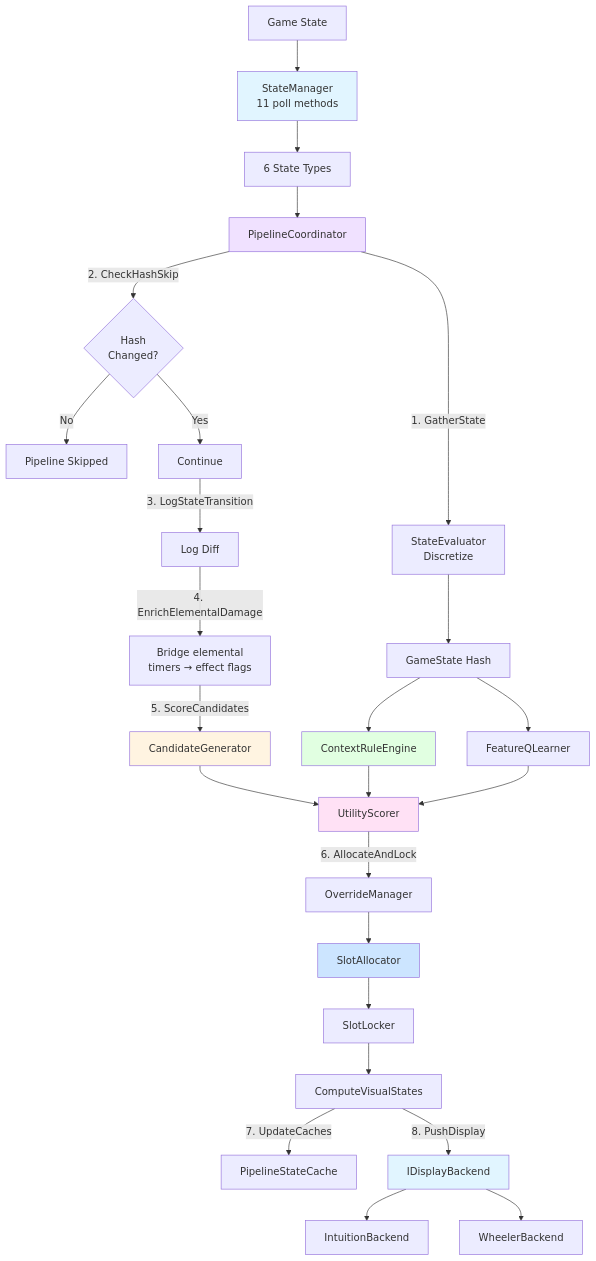
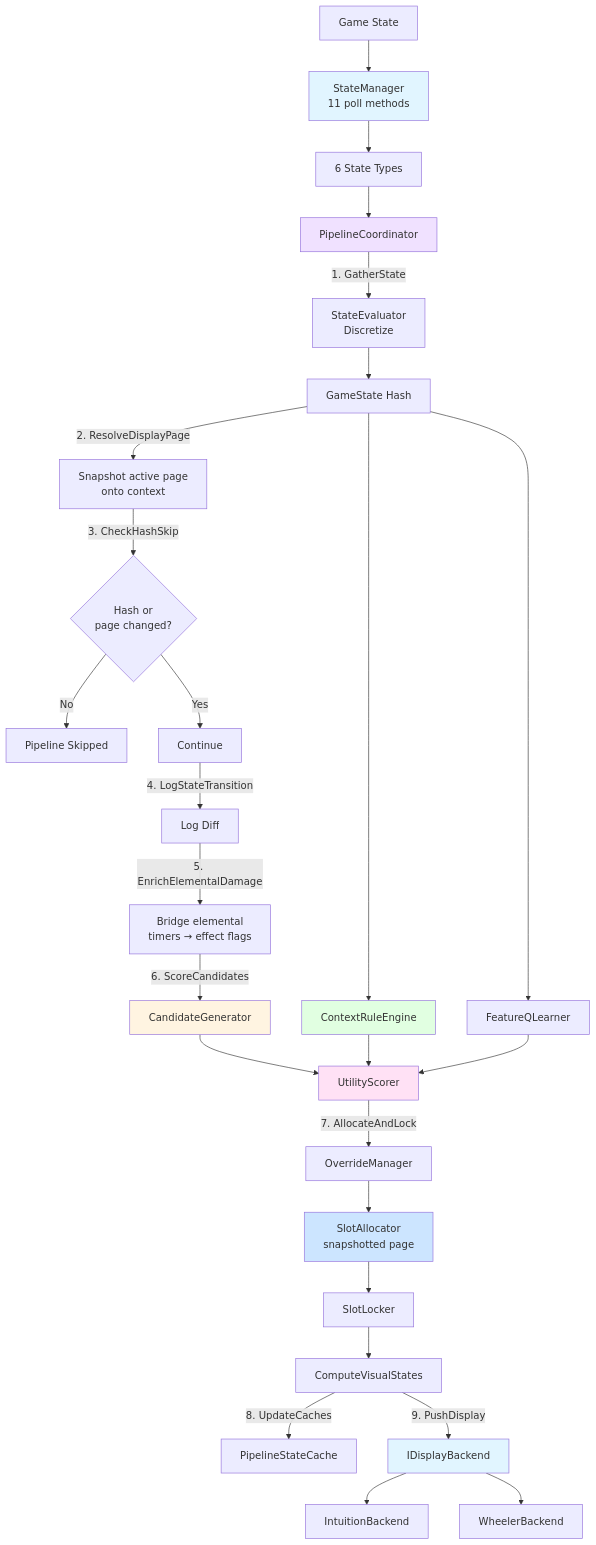
One commit to LandingCrew/huginn changed the tenth of 10 diagrams in docs/architecture/0-pipeline.md. Above: the diagram before and after it, drawn with Mermaid. The commit also changed other lines of this file and 3 other files, not shown here.

````diff
--- a/docs/architecture/0-pipeline.md
+++ b/docs/architecture/0-pipeline.md
@@ -693,41 +698,43 @@
 ```mermaid
 graph TB
     Start[Game State] --> SM[StateManager<br/>11 poll methods]
     SM --> Models[6 State Types]
     Models --> PC[PipelineCoordinator]
 
     PC -->|1. GatherState| SE[StateEvaluator<br/>Discretize]
     SE --> GS[GameState Hash]
 
-    PC -->|2. CheckHashSkip| Skip{Hash<br/>Changed?}
+    GS -->|2. ResolveDisplayPage| RDP[Snapshot active page<br/>onto context]
+
+    RDP -->|3. CheckHashSkip| Skip{Hash or<br/>page changed?}
     Skip -->|No| Done[Pipeline Skipped]
     Skip -->|Yes| Continue[Continue]
 
-    Continue -->|3. LogStateTransition| Log[Log Diff]
-    Log -->|4. EnrichElementalDamage| Enrich[Bridge elemental<br/>timers → effect flags]
+    Continue -->|4. LogStateTransition| Log[Log Diff]
+    Log -->|5. EnrichElementalDamage| Enrich[Bridge elemental<br/>timers → effect flags]
 
-    Enrich -->|5. ScoreCandidates| CG[CandidateGenerator]
+    Enrich -->|6. ScoreCandidates| CG[CandidateGenerator]
     CG --> US[UtilityScorer]
     GS --> CRE[ContextRuleEngine]
     CRE --> US
     GS --> QL[FeatureQLearner]
     QL --> US
 
-    US -->|6. AllocateAndLock| OvM[OverrideManager]
-    OvM --> SA[SlotAllocator]
+    US -->|7. AllocateAndLock| OvM[OverrideManager]
+    OvM --> SA[SlotAllocator<br/>snapshotted page]
     SA --> SL[SlotLocker]
     SL --> VS[ComputeVisualStates]
 
-    VS -->|7. UpdateCaches| PSC[PipelineStateCache]
-    VS -->|8. PushDisplay| Display[IDisplayBackend]
+    VS -->|8. UpdateCaches| PSC[PipelineStateCache]
+    VS -->|9. PushDisplay| Display[IDisplayBackend]
     Display --> IB[IntuitionBackend]
     Display --> WB[WheelerBackend]
 
     style SM fill:#e1f5ff
     style PC fill:#f0e1ff
     style CG fill:#fff4e1
     style CRE fill:#e1ffe1
     style US fill:#ffe1f5
     style SA fill:#cce5ff
     style Display fill:#e1f5ff
 ```
````
